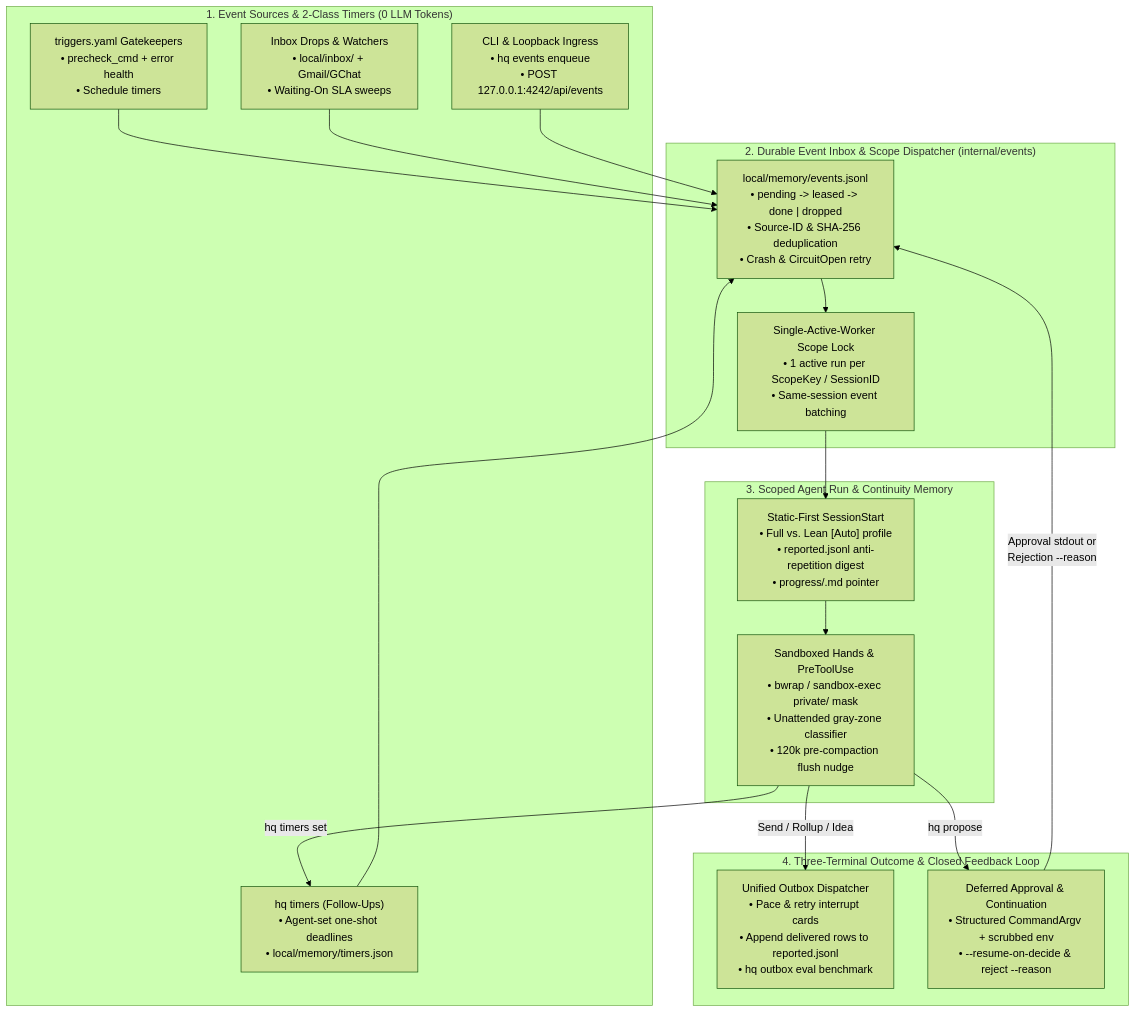
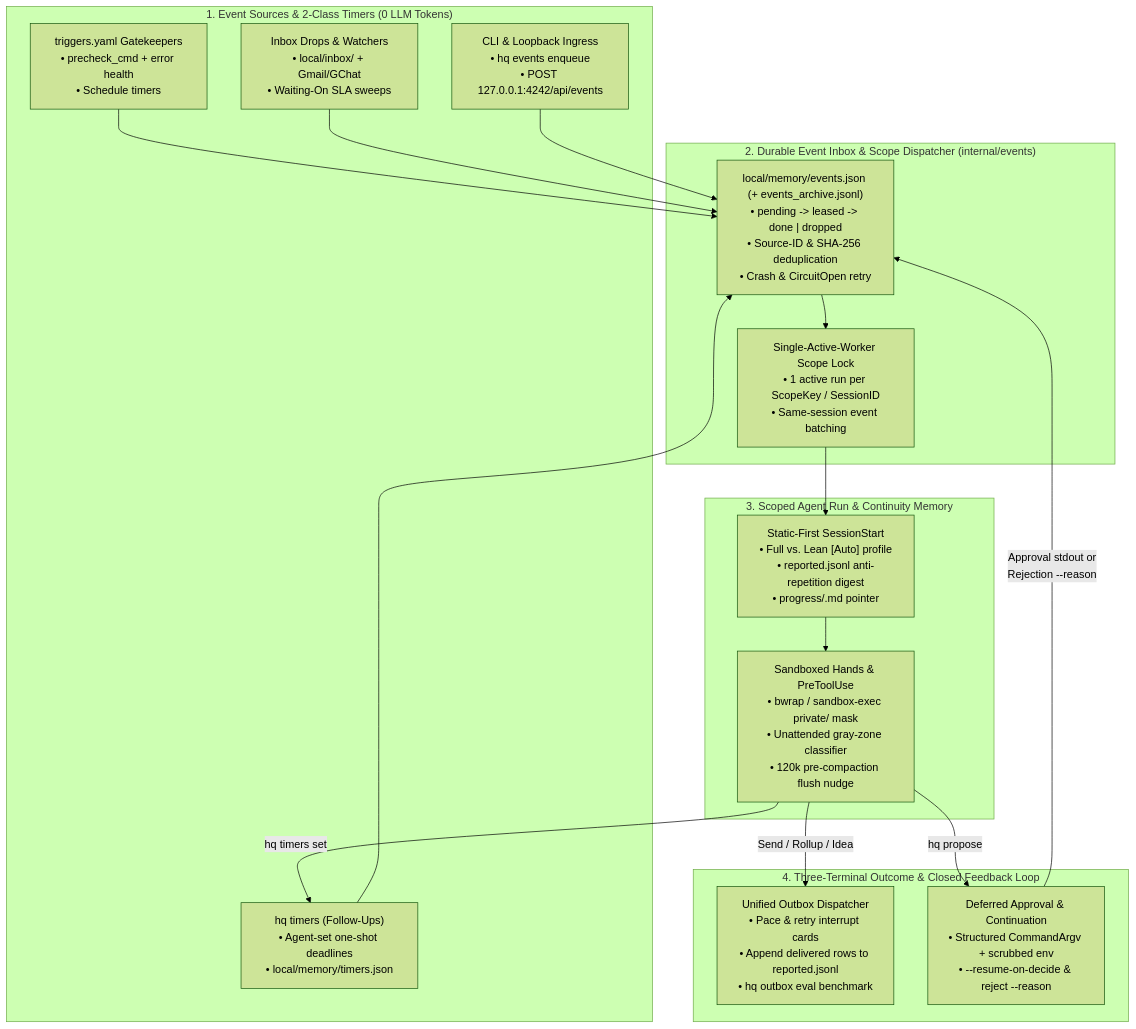
The first of 2 diagrams in docs/design/0018-always-on-agent-runtime-hardening.md (zjshen14/agy-hq), drawn with Mermaid (forest theme) before and after one commit. The commit also changed other lines of this file and 168 other files, not shown here.

````diff
--- a/docs/design/0018-always-on-agent-runtime-hardening.md
+++ b/docs/design/0018-always-on-agent-runtime-hardening.md
@@ -44,36 +44,36 @@
 ```mermaid
 flowchart TB
     subgraph Ingress["1. Event Sources & 2-Class Timers (0 LLM Tokens)"]
         GK["triggers.yaml Gatekeepers\n• precheck_cmd + error health\n• Schedule timers"]
         FU["hq timers (Follow-Ups)\n• Agent-set one-shot deadlines\n• local/memory/timers.json"]
         INB["Inbox Drops & Watchers\n• local/inbox/ + Gmail/GChat\n• Waiting-On SLA sweeps"]
         API["CLI & Loopback Ingress\n• hq events enqueue\n• POST 127.0.0.1:4242/api/events"]
     end
 
     subgraph Queue["2. Durable Event Inbox & Scope Dispatcher (internal/events)"]
-        EV["local/memory/events.jsonl\n• pending -> leased -> done | dropped\n• Source-ID & SHA-256 deduplication\n• Crash & CircuitOpen retry"]
+        EV["local/memory/events.json (+ events_archive.jsonl)\n• pending -> leased -> done | dropped\n• Source-ID & SHA-256 deduplication\n• Crash & CircuitOpen retry"]
         WD["Single-Active-Worker Scope Lock\n• 1 active run per ScopeKey / SessionID\n• Same-session event batching"]
     end
 
     subgraph Run["3. Scoped Agent Run & Continuity Memory"]
         SS["Static-First SessionStart\n• Full vs. Lean [Auto] profile\n• reported.jsonl anti-repetition digest\n• progress/<slug>.md pointer"]
         SBX["Sandboxed Hands & PreToolUse\n• bwrap / sandbox-exec private/ mask\n• Unattended gray-zone classifier\n• 120k pre-compaction flush nudge"]
     end
 
     subgraph Output["4. Three-Terminal Outcome & Closed Feedback Loop"]
         OB["Unified Outbox Dispatcher\n• Pace & retry interrupt cards\n• Append delivered rows to reported.jsonl\n• hq outbox eval benchmark"]
         DEF["Deferred Approval & Continuation\n• Structured CommandArgv + scrubbed env\n• --resume-on-decide & reject --reason"]
     end
 
     GK --> EV
     FU --> EV
     INB --> EV
     API --> EV
     EV --> WD
     WD --> SS
     SS --> SBX
     SBX -->|"Send / Rollup / Idea"| OB
     SBX -->|"hq timers set"| FU
     SBX -->|"hq propose"| DEF
     DEF -->|"Approval stdout or\nRejection --reason"| EV
 ```
````
